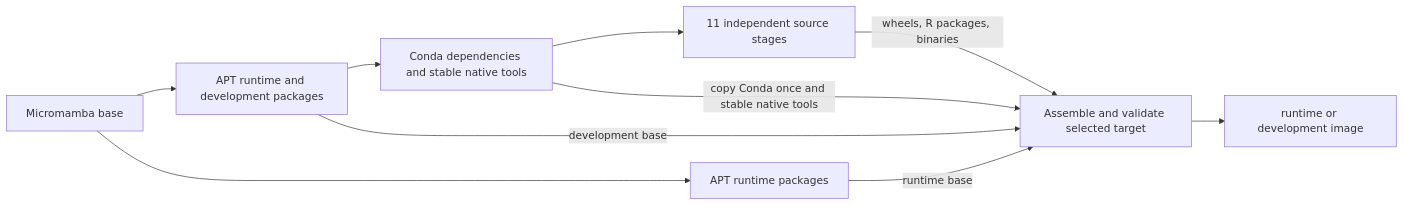
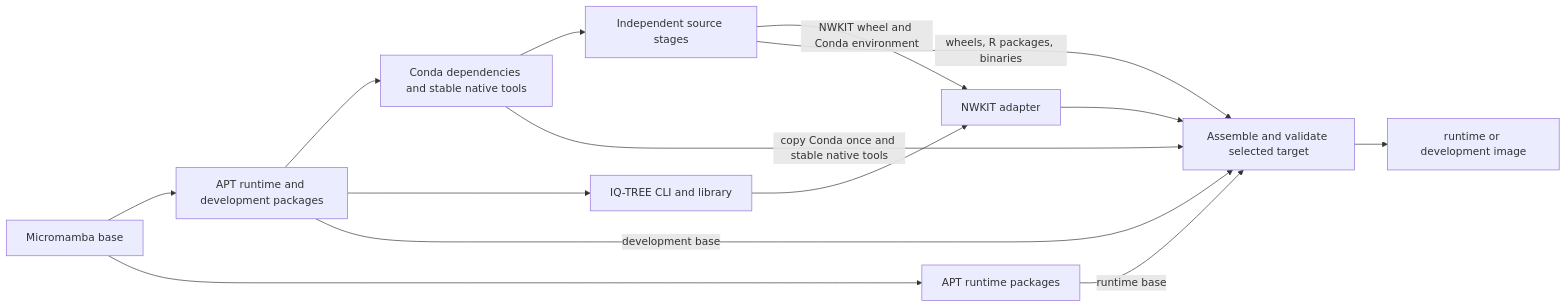
One commit to kfuku52/genegalleon changed the diagram in docs/container-development.md. Above: the diagram before and after it, drawn with Mermaid. The commit also changed other lines of this file and 16 other files, not shown here.

````diff
--- a/docs/container-development.md
+++ b/docs/container-development.md
@@ -8,12 +8,16 @@
 ```mermaid
 flowchart LR
     Base[Micromamba base] --> DevOS[APT runtime and development packages]
     Base --> RunOS[APT runtime packages]
     DevOS --> Build[Conda dependencies and stable native tools]
-    Build --> Sources[11 independent source stages]
+    DevOS --> IQTree[IQ-TREE CLI and library]
+    Build --> Sources[Independent source stages]
+    IQTree --> Adapter[NWKIT adapter]
+    Sources -->|NWKIT wheel and Conda environment| Adapter
     Build -->|copy Conda once and stable native tools| Assemble[Assemble and validate selected target]
     Sources -->|wheels, R packages, binaries| Assemble
+    Adapter --> Assemble
     RunOS -->|runtime base| Assemble
     DevOS -->|development base| Assemble
     Assemble --> Targets[runtime or development image]
 ```
````
